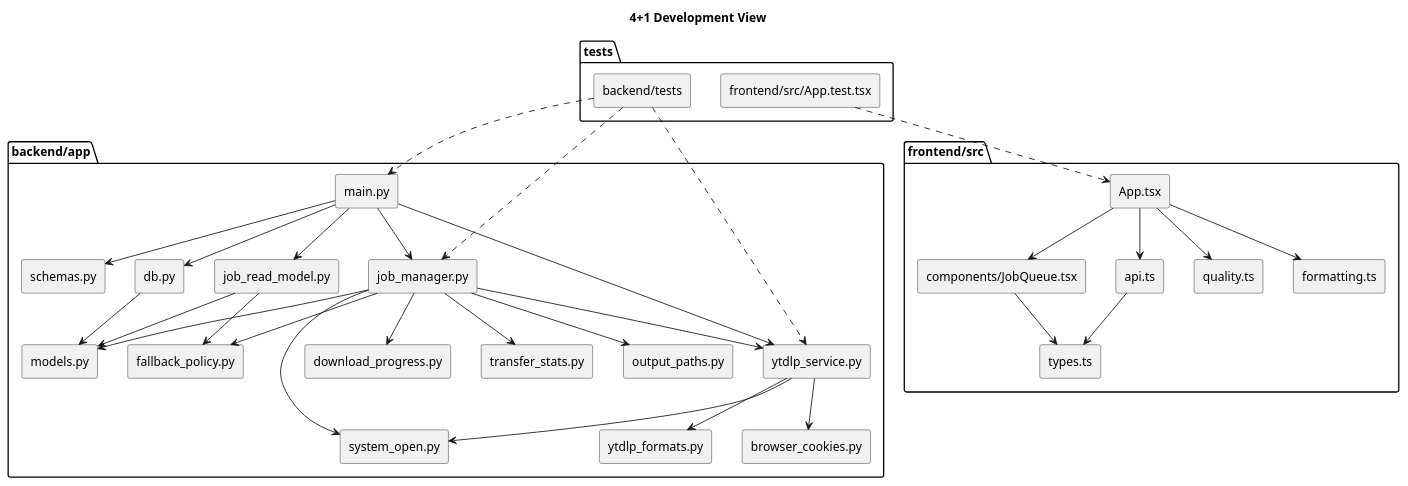
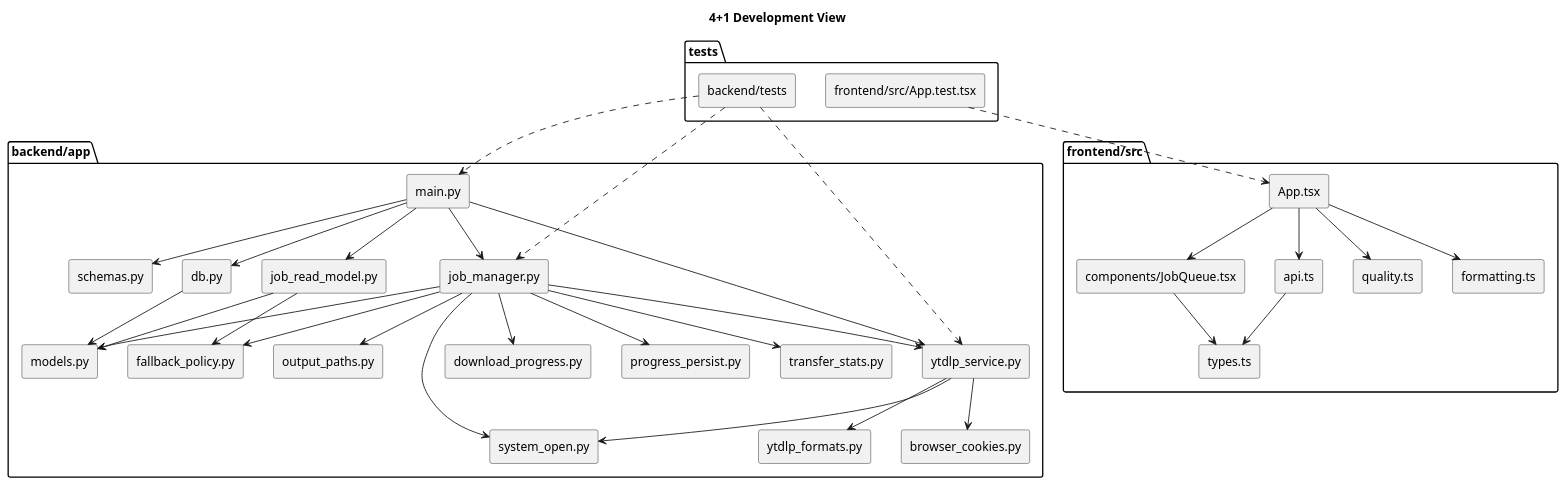
Before and after one commit to hnucjx/Design-and-Implementation-of-Database-Watermarking-Algorithms-Resistant-to-Brute-Force-Attacks.: the diagram in docs/diagrams/four-plus-one-development-view.puml, drawn with PlantUML. The commit also changed 10 other files, not shown here.

```diff
--- a/docs/diagrams/four-plus-one-development-view.puml
+++ b/docs/diagrams/four-plus-one-development-view.puml
@@ -1,67 +1,69 @@
 @startuml
 title 4+1 Development View
 skinparam componentStyle rectangle
 skinparam shadowing false
 
 package "frontend/src" {
   [App.tsx] as App
   [components/JobQueue.tsx] as JobQueue
   [api.ts] as ApiClient
   [types.ts] as FrontendTypes
   [quality.ts] as Quality
   [formatting.ts] as Formatting
 }
 
 package "backend/app" {
   [main.py] as Main
   [schemas.py] as Schemas
   [models.py] as Models
   [db.py] as DB
   [job_manager.py] as Manager
   [job_read_model.py] as ReadModel
   [ytdlp_service.py] as Service
   [ytdlp_formats.py] as FormatHelpers
   [fallback_policy.py] as Fallback
   [download_progress.py] as Progress
+  [progress_persist.py] as PersistGate
   [transfer_stats.py] as TransferStats
   [browser_cookies.py] as BrowserCookies
   [output_paths.py] as OutputPaths
   [system_open.py] as SystemOpen
 }
 
 package "tests" {
   [backend/tests] as BackendTests
   [frontend/src/App.test.tsx] as FrontendTests
 }
 
 App --> JobQueue
 App --> ApiClient
 App --> Quality
 App --> Formatting
 ApiClient --> FrontendTypes
 JobQueue --> FrontendTypes
 
 Main --> Schemas
 Main --> Manager
 Main --> ReadModel
 Main --> Service
 Main --> DB
 Manager --> Models
 Manager --> Service
 Manager --> Fallback
 Manager --> Progress
+Manager --> PersistGate
 Manager --> TransferStats
 Manager --> OutputPaths
 Manager --> SystemOpen
 ReadModel --> Models
 ReadModel --> Fallback
 Service --> FormatHelpers
 Service --> BrowserCookies
 Service --> SystemOpen
 DB --> Models
 
 BackendTests ..> Main
 BackendTests ..> Manager
 BackendTests ..> Service
 FrontendTests ..> App
 @enduml
```
